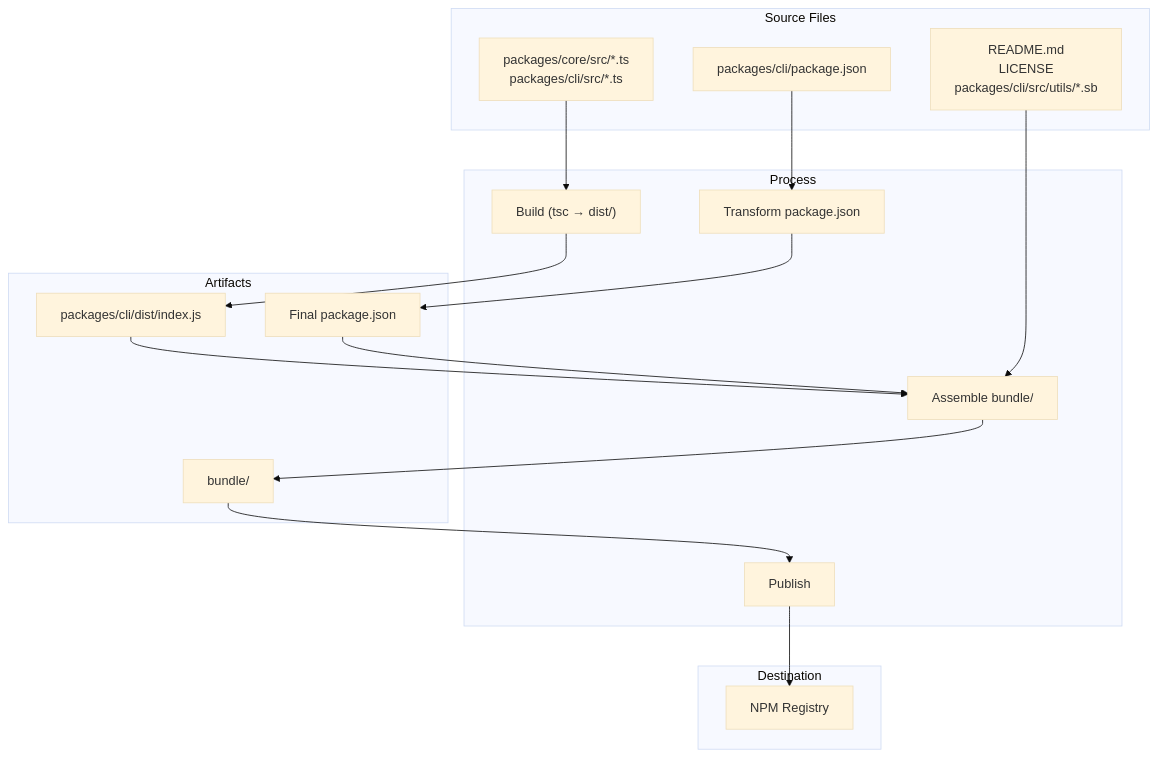
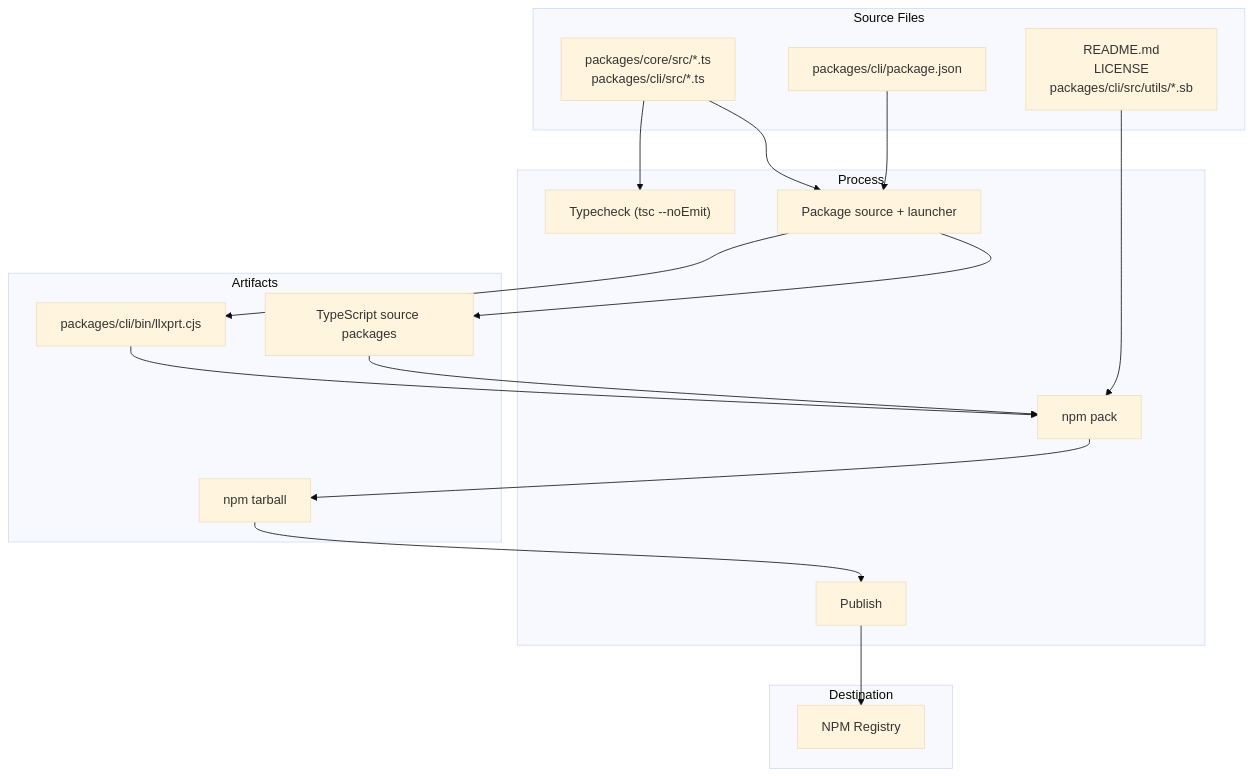
The diagram in dev-docs/npm.md (vybestack/llxprt-code), drawn with Mermaid (base theme) before and after one commit. The commit also changed 37 other files, not shown here.

First line of the commit message:
feat: no-compile npm runtime — checked-in launcher runs Bun on TS source (Fixes #2243)

````diff
--- a/dev-docs/npm.md
+++ b/dev-docs/npm.md
@@ -214,33 +214,34 @@
 ```mermaid
 graph TD
     subgraph "Source Files"
         A["packages/core/src/*.ts<br/>packages/cli/src/*.ts"]
         B["packages/cli/package.json"]
         C["README.md<br/>LICENSE<br/>packages/cli/src/utils/*.sb"]
     end
 
     subgraph "Process"
-        D["Build (tsc → dist/)"]
-        E["Transform package.json"]
-        F["Assemble bundle/"]
+        D["Typecheck (tsc --noEmit)"]
+        E["Package source + launcher"]
+        F["npm pack"]
         G["Publish"]
     end
 
     subgraph "Artifacts"
-        H["packages/cli/dist/index.js"]
-        I["Final package.json"]
-        J["bundle/"]
+        H["packages/cli/bin/llxprt.cjs"]
+        I["TypeScript source packages"]
+        J["npm tarball"]
     end
 
     subgraph "Destination"
         K["NPM Registry"]
     end
 
-    A --> D --> H
-    B --> E --> I
+    A --> D
+    A --> E --> I
+    B --> E --> H
     C --> F
     H --> F
     I --> F
     F --> J
     J --> G --> K
 ```
````
